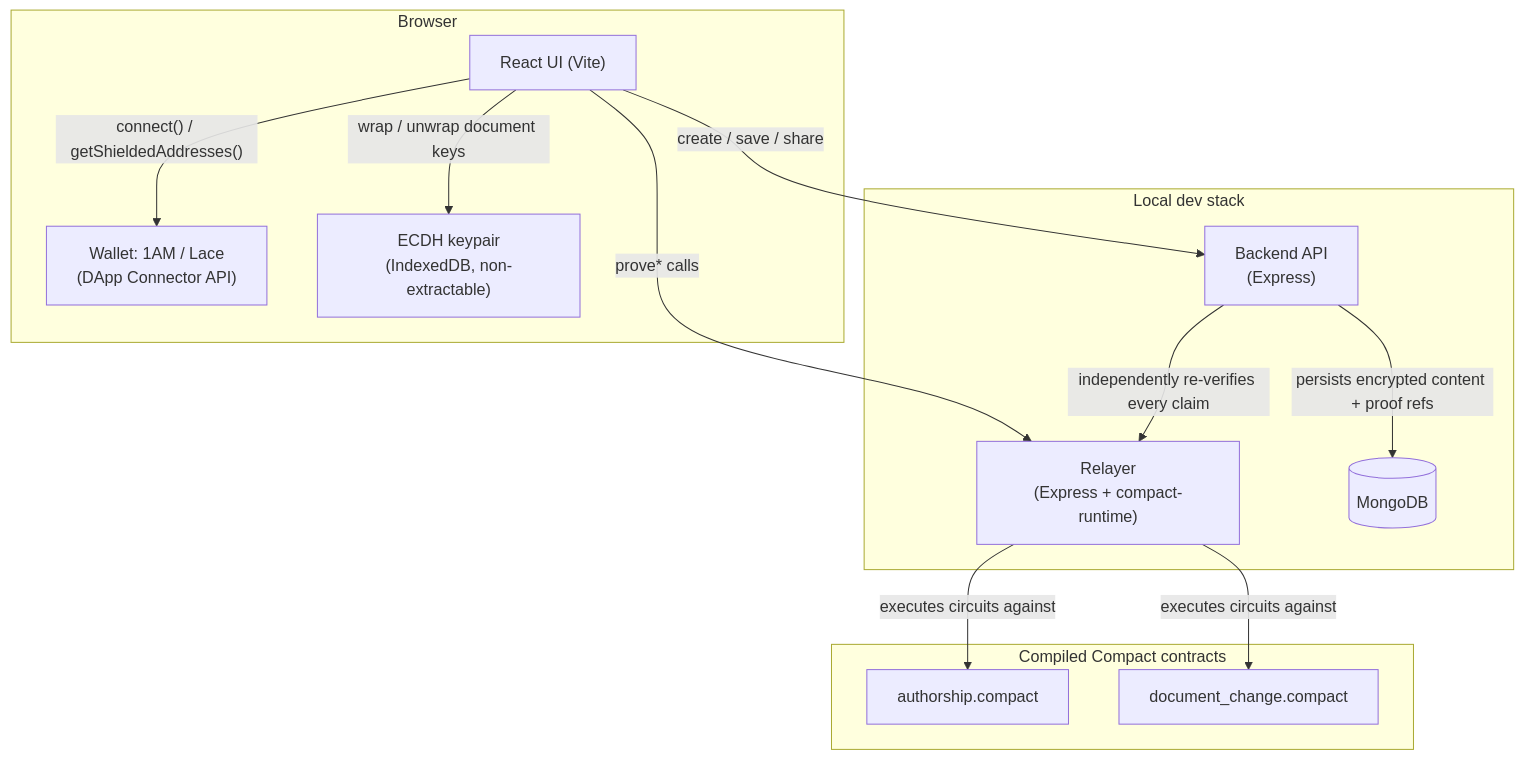
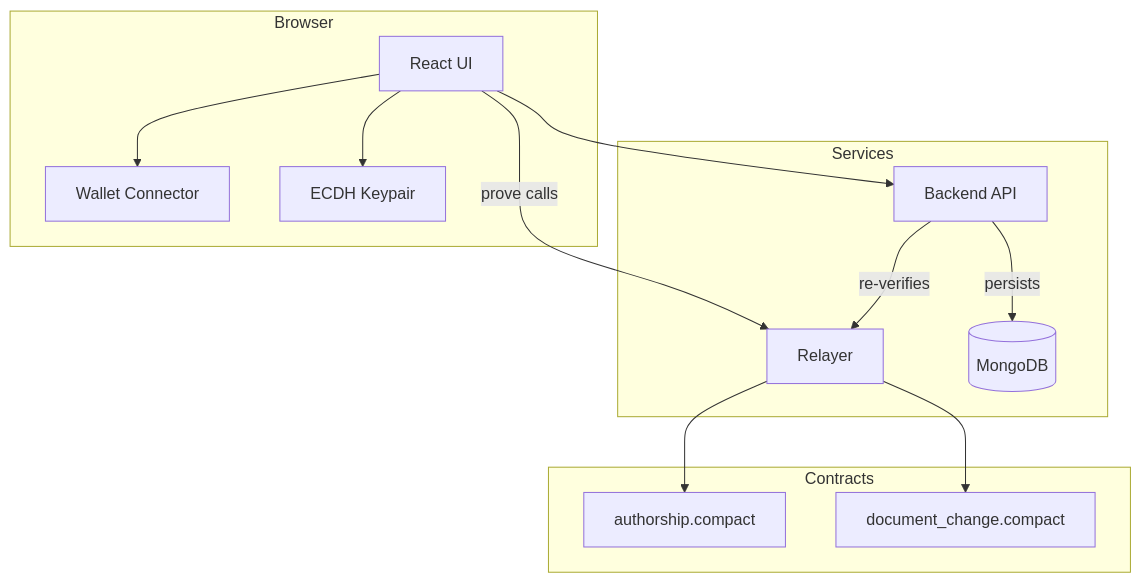
One commit to Nanle-code/privatescroll changed the first of 4 diagrams in README.md. Above: the diagram before and after it, drawn with Mermaid. The commit also changed other lines of this file, not shown here.

First line of the commit message:
Tighten README diagrams so nothing gets clipped by GitHub's viewer

````diff
--- a/README.md
+++ b/README.md
@@ -76,28 +76,28 @@
 ```mermaid
 flowchart TD
-    subgraph Browser["Browser"]
-        UI["React UI (Vite)"]
-        WalletAPI["Wallet: 1AM / Lace<br/>(DApp Connector API)"]
-        ECDH["ECDH keypair<br/>(IndexedDB, non-extractable)"]
+    subgraph Browser
+        UI[React UI]
+        Wallet[Wallet Connector]
+        ECDH[ECDH Keypair]
     end
 
-    subgraph DevStack["Local dev stack"]
-        Relayer["Relayer<br/>(Express + compact-runtime)"]
-        Backend["Backend API<br/>(Express)"]
-        Mongo[("MongoDB")]
+    subgraph Services
+        Relayer[Relayer]
+        Backend[Backend API]
+        Mongo[(MongoDB)]
     end
 
-    subgraph Contracts["Compiled Compact contracts"]
-        Auth["authorship.compact"]
-        Change["document_change.compact"]
+    subgraph Contracts
+        Auth[authorship.compact]
+        Change[document_change.compact]
     end
 
-    UI -- "connect() / getShieldedAddresses()" --> WalletAPI
-    UI -- "wrap / unwrap document keys" --> ECDH
-    UI -- "prove* calls" --> Relayer
-    Relayer -- "executes circuits against" --> Auth
-    Relayer -- "executes circuits against" --> Change
-    UI -- "create / save / share" --> Backend
-    Backend -- "independently re-verifies every claim" --> Relayer
-    Backend -- "persists encrypted content + proof refs" --> Mongo
+    UI --> Wallet
+    UI --> ECDH
+    UI -- prove calls --> Relayer
+    Relayer --> Auth
+    Relayer --> Change
+    UI --> Backend
+    Backend -- re-verifies --> Relayer
+    Backend -- persists --> Mongo
 ```
````
